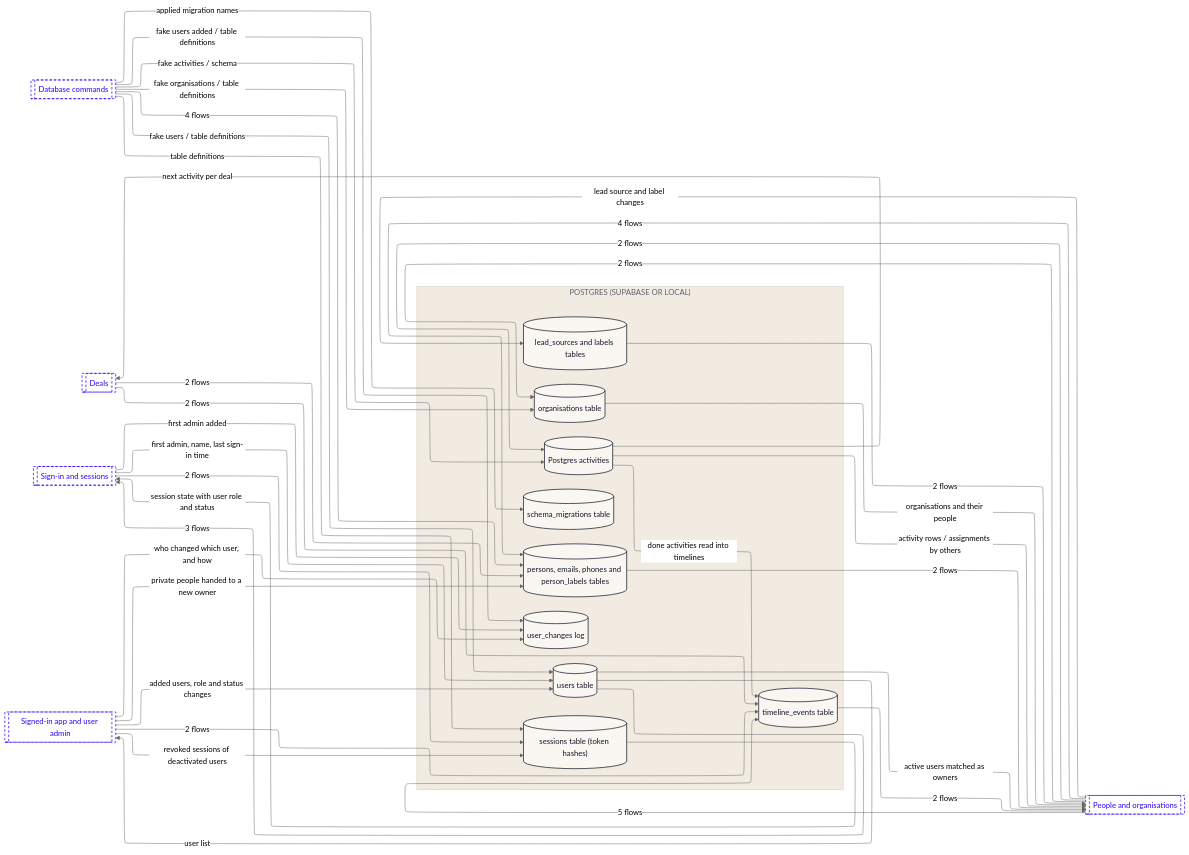
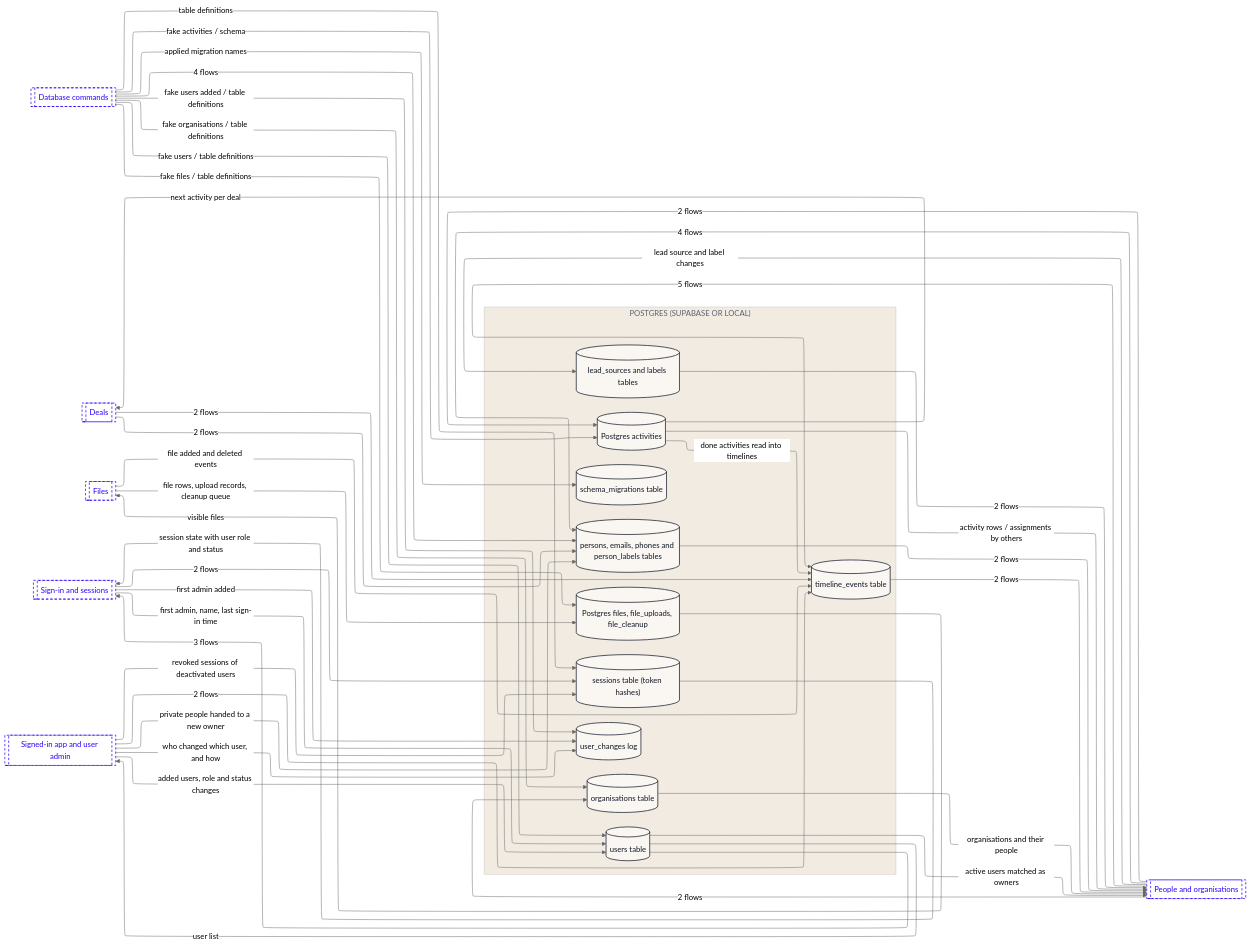
One commit to Romain-Perche/Barnacle-Pipe changed the third of 11 diagrams in dataflow/DATAFLOW.md. Above: the diagram before and after it, drawn with Mermaid (neutral theme). The commit also changed other lines of this file and 12 other files, not shown here.

````diff
--- a/dataflow/DATAFLOW.md
+++ b/dataflow/DATAFLOW.md
@@ -147,65 +169,71 @@
 ```mermaid
 ---
 config:
   layout: elk
 ---
 flowchart LR
     subgraph z1["POSTGRES (SUPABASE OR LOCAL)"]
         n1[("Postgres activities")]
         n2[("lead_sources and labels tables")]
-        n3[("organisations table")]
-        n4[("persons, emails, phones and person_labels tables")]
-        n5[("schema_migrations table")]
-        n6[("sessions table (token hashes)")]
-        n7[("timeline_events table")]
-        n8[("user_changes log")]
-        n9[("users table")]
+        n3[("Postgres files, file_uploads, file_cleanup")]
+        n4[("organisations table")]
+        n5[("persons, emails, phones and person_labels tables")]
+        n6[("schema_migrations table")]
+        n7[("sessions table (token hashes)")]
+        n8[("timeline_events table")]
+        n9[("user_changes log")]
+        n10[("users table")]
     end
-    n10[["Database commands"]]
-    n11[["Deals"]]
-    n12[["People and organisations"]]
-    n13[["Sign-in and sessions"]]
-    n14[["Signed-in app and user admin"]]
-    n12 -->|"2 flows"| n1
-    n12 -->|"4 flows"| n4
-    n1 -->|"activity rows / assignments by others"| n12
-    n1 -->|"next activity per deal"| n11
-    n1 -->|"done activities read into timelines"| n7
-    n12 -->|"lead source and label changes"| n2
-    n2 -->|"2 flows"| n12
-    n13 -->|"2 flows"| n6
-    n13 -->|"first admin added"| n8
-    n13 -->|"first admin, name, last sign-in time"| n9
-    n12 -->|"2 flows"| n3
-    n12 -->|"5 flows"| n7
-    n11 -->|"2 flows"| n4
-    n11 -->|"2 flows"| n7
-    n10 -->|"fake activities / schema"| n1
-    n10 -->|"fake organisations / table definitions"| n3
-    n10 -->|"4 flows"| n4
-    n10 -->|"applied migration names"| n5
-    n10 -->|"table definitions"| n6
-    n10 -->|"fake users added / table definitions"| n8
-    n10 -->|"fake users / table definitions"| n9
-    n3 -->|"organisations and their people"| n12
-    n4 -->|"2 flows"| n12
-    n6 -->|"session state with user role and status"| n13
-    n7 -->|"2 flows"| n12
-    n14 -->|"private people handed to a new owner"| n4
-    n14 -->|"revoked sessions of deactivated users"| n6
-    n14 -->|"2 flows"| n7
-    n14 -->|"who changed which user, and how"| n8
-    n14 -->|"added users, role and status changes"| n9
-    n9 -->|"3 flows"| n13
-    n9 -->|"active users matched as owners"| n12
-    n9 -->|"user list"| n14
+    n11[["Database commands"]]
+    n12[["Deals"]]
+    n13[["Files"]]
+    n14[["People and organisations"]]
+    n15[["Sign-in and sessions"]]
+    n16[["Signed-in app and user admin"]]
+    n14 -->|"2 flows"| n1
+    n14 -->|"4 flows"| n5
+    n1 -->|"activity rows / assignments by others"| n14
+    n1 -->|"next activity per deal"| n12
+    n1 -->|"done activities read into timelines"| n8
+    n14 -->|"lead source and label changes"| n2
+    n2 -->|"2 flows"| n14
+    n15 -->|"2 flows"| n7
+    n15 -->|"first admin added"| n9
+    n15 -->|"first admin, name, last sign-in time"| n10
+    n14 -->|"2 flows"| n4
+    n14 -->|"5 flows"| n8
+    n12 -->|"2 flows"| n5
+    n12 -->|"2 flows"| n8
+    n13 -->|"file rows, upload records, cleanup queue"| n3
+    n13 -->|"file added and deleted events"| n8
+    n3 -->|"visible files"| n13
+    n11 -->|"fake activities / schema"| n1
+    n11 -->|"fake files / table definitions"| n3
+    n11 -->|"fake organisations / table definitions"| n4
+    n11 -->|"4 flows"| n5
+    n11 -->|"applied migration names"| n6
+    n11 -->|"table definitions"| n7
+    n11 -->|"fake users added / table definitions"| n9
+    n11 -->|"fake users / table definitions"| n10
+    n4 -->|"organisations and their people"| n14
+    n5 -->|"2 flows"| n14
+    n7 -->|"session state with user role and status"| n15
+    n8 -->|"2 flows"| n14
+    n16 -->|"private people handed to a new owner"| n5
+    n16 -->|"revoked sessions of deactivated users"| n7
+    n16 -->|"2 flows"| n8
+    n16 -->|"who changed which user, and how"| n9
+    n16 -->|"added users, role and status changes"| n10
+    n10 -->|"3 flows"| n15
+    n10 -->|"active users matched as owners"| n14
+    n10 -->|"user list"| n16
     classDef actor fill:#FFFFFF,stroke:#111827,stroke-width:1px,color:#111827
     classDef process fill:#EDEAFF,stroke:#2B00FF,stroke-width:1.5px,color:#111827
     classDef store fill:#FAF6F1,stroke:#111827,stroke-width:1.5px,color:#111827
     classDef zone fill:#1A1A1A,stroke:#1A1A1A,color:#FFFFFF
     classDef group fill:#2B00FF,stroke:#2B00FF,color:#FFFFFF
     classDef stub fill:#FFFFFF,stroke:#2B00FF,stroke-width:1.5px,stroke-dasharray:5 4,color:#2B00FF
-    class n1,n2,n3,n4,n5,n6,n7,n8,n9 store
-    class n10,n11,n12,n13,n14 stub
+    class n1,n2,n3,n4,n5,n6,n7,n8,n9,n10 store
+    class n11,n12,n13,n14,n15,n16 stub
     style z1 fill:#F1EBE2,stroke:#CFC7BB,color:#5D6270
 ```
````
